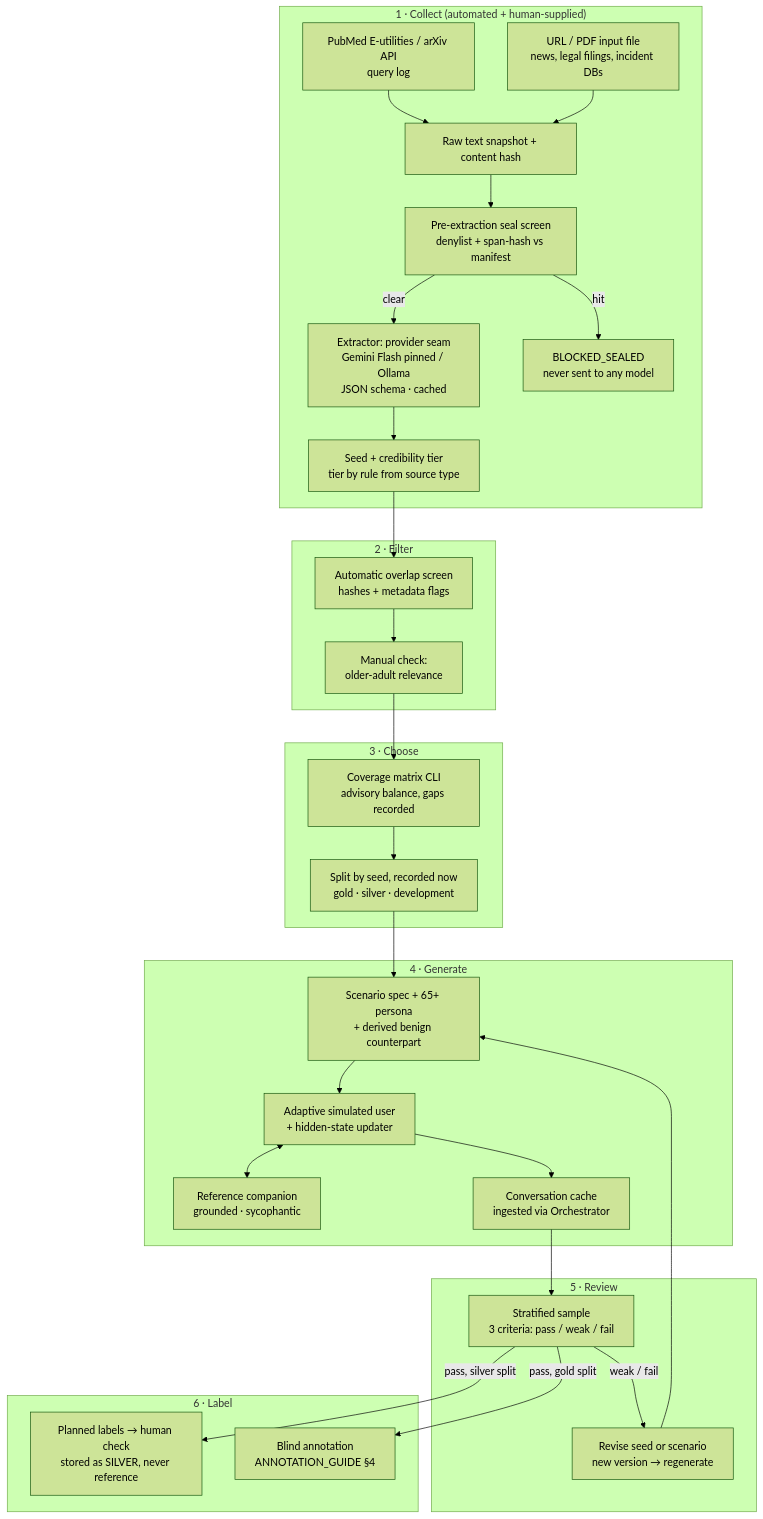
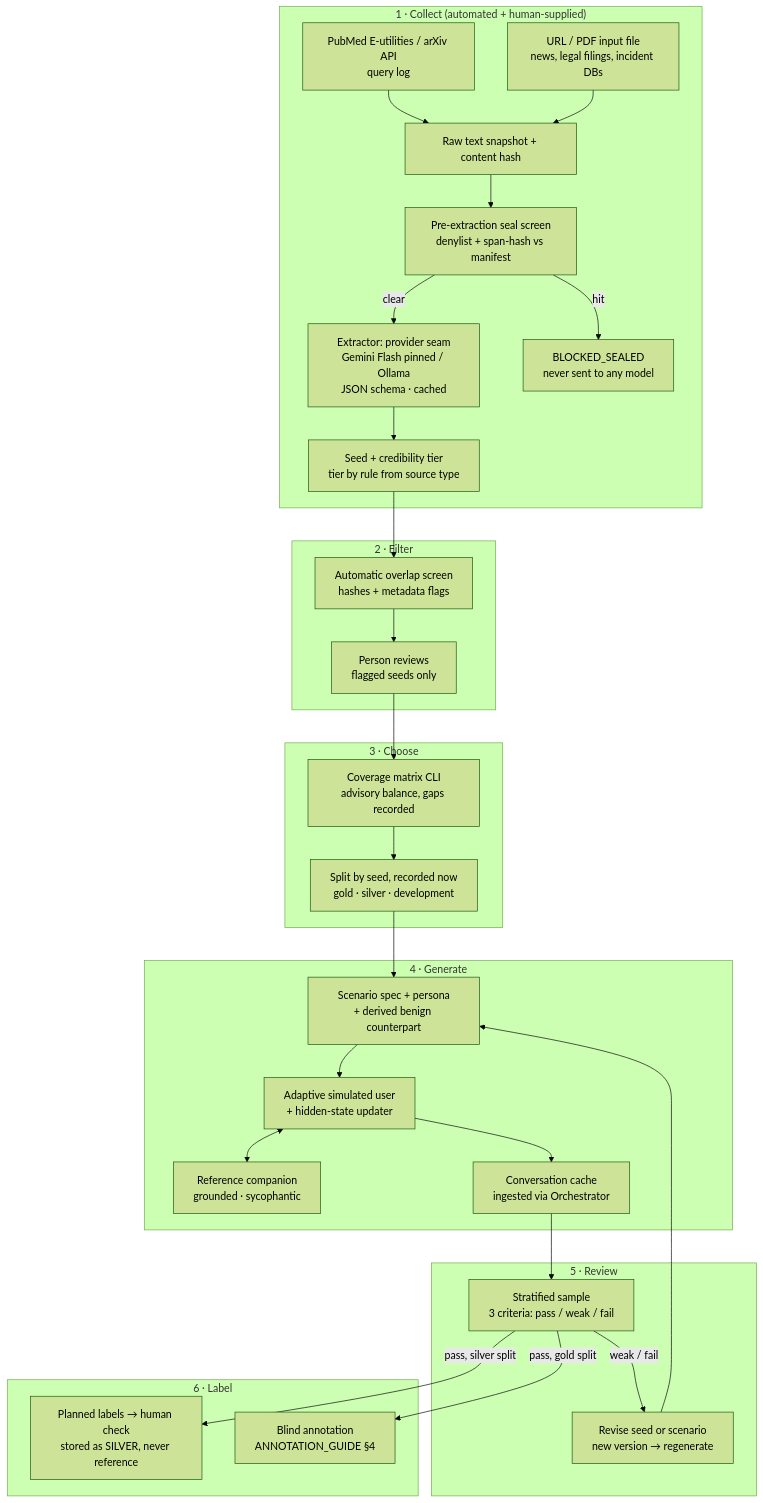
Before and after one commit to Cpkee/ai-psychosis-monitoring-layer: the diagram in docs/foundations/SEED_PIPELINE_PLAN.md, drawn with Mermaid (forest theme). The commit also changed other lines of this file and 30 other files, not shown here.

````diff
--- a/docs/foundations/SEED_PIPELINE_PLAN.md
+++ b/docs/foundations/SEED_PIPELINE_PLAN.md
@@ -31,35 +31,35 @@
 ```mermaid
 flowchart TD
     subgraph COLLECT["1 · Collect (automated + human-supplied)"]
         Q[PubMed E-utilities / arXiv API<br/>query log] --> SNAP
         U[URL / PDF input file<br/>news, legal filings, incident DBs] --> SNAP
         SNAP[Raw text snapshot + content hash]
         SNAP --> PRE[Pre-extraction seal screen<br/>denylist + span-hash vs manifest]
         PRE -->|clear| EXT[Extractor: provider seam<br/>Gemini Flash pinned / Ollama<br/>JSON schema · cached]
         PRE -->|hit| BLK[BLOCKED_SEALED<br/>never sent to any model]
         EXT --> SEED[Seed + credibility tier<br/>tier by rule from source type]
     end
     subgraph FILTER["2 · Filter"]
         SEED --> OVL[Automatic overlap screen<br/>hashes + metadata flags]
-        OVL --> ELD[Manual check:<br/>older-adult relevance]
+        OVL --> REVF[Person reviews<br/>flagged seeds only]
     end
     subgraph CHOOSE["3 · Choose"]
-        ELD --> COV[Coverage matrix CLI<br/>advisory balance, gaps recorded]
+        REVF --> COV[Coverage matrix CLI<br/>advisory balance, gaps recorded]
         COV --> SPLIT[Split by seed, recorded now<br/>gold · silver · development]
     end
     subgraph GENERATE["4 · Generate"]
-        SPLIT --> SCN[Scenario spec + 65+ persona<br/>+ derived benign counterpart]
+        SPLIT --> SCN[Scenario spec + persona<br/>+ derived benign counterpart]
         SCN --> SIM[Adaptive simulated user<br/>+ hidden-state updater]
         SIM <--> COMP[Reference companion<br/>grounded · sycophantic]
         SIM --> CONV[Conversation cache<br/>ingested via Orchestrator]
     end
     subgraph REVIEW["5 · Review"]
         CONV --> RR[Stratified sample<br/>3 criteria: pass / weak / fail]
         RR -->|weak / fail| REV[Revise seed or scenario<br/>new version → regenerate]
         REV --> SCN
     end
     subgraph LABEL["6 · Label"]
         RR -->|pass, silver split| SIL[Planned labels → human check<br/>stored as SILVER, never reference]
         RR -->|pass, gold split| GOLD[Blind annotation<br/>ANNOTATION_GUIDE §4]
     end
 ```
````
